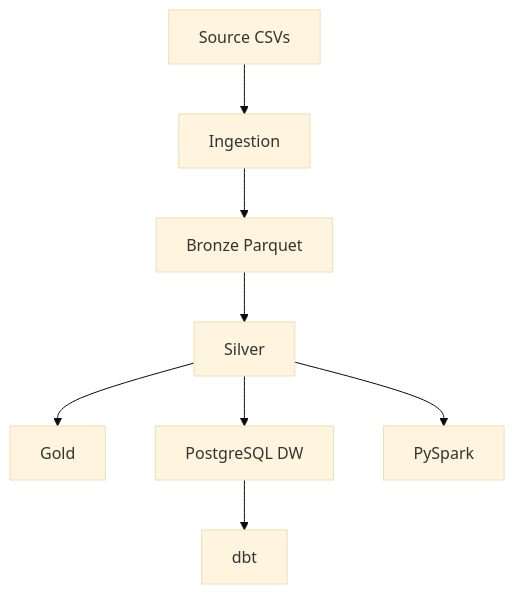
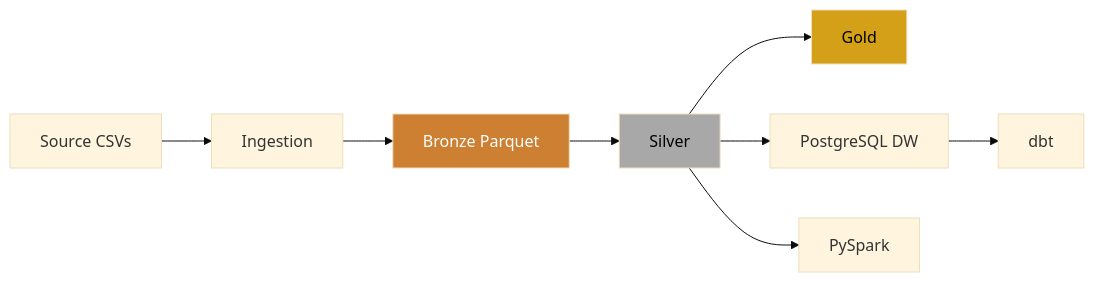
Before and after one commit to Raf-Hs/olist-marketplace-data-engineering-platform: the first of 2 diagrams in docs/architecture.md, drawn with Mermaid (base theme). The commit also changed other lines of this file and 16 other files, not shown here.

````diff
--- a/docs/architecture.md
+++ b/docs/architecture.md
@@ -23,10 +23,16 @@
 ```mermaid
-flowchart TD
+flowchart LR
     S[Source CSVs] --> I[Ingestion]
     I --> B[Bronze Parquet]
     B --> SV[Silver]
     SV --> G[Gold]
     SV --> WH[PostgreSQL DW]
     WH --> DBT[dbt]
     SV --> SP[PySpark]
+    classDef bronze fill:#cd7f32,color:#fff
+    classDef silver fill:#a8a8a8,color:#000
+    classDef gold fill:#d4a017,color:#000
+    class B bronze
+    class SV silver
+    class G gold
 ```
````
